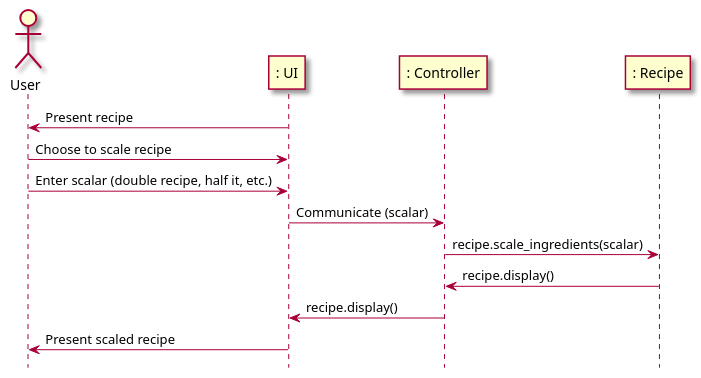
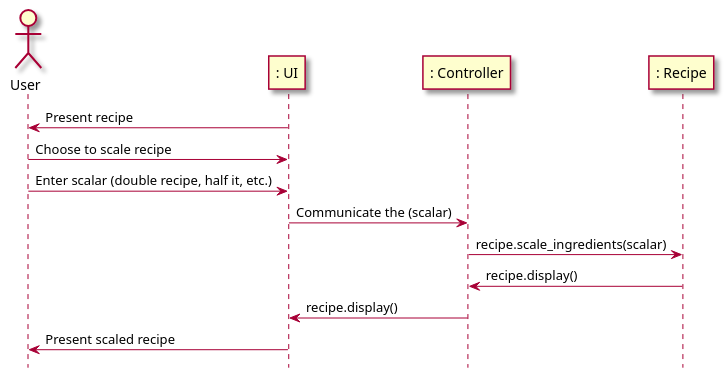
Before and after one commit to berthashipper/Pantry-Pal-Android-Application: the second of 2 diagrams in intellij/doc/use-cases/scale_ingredients.md, drawn with PlantUML. The commit also changed 1 other file, not shown here.

Commit message:
Elaborated on next iteration use case view_recipe

````diff
--- a/intellij/doc/use-cases/scale_ingredients.md
+++ b/intellij/doc/use-cases/scale_ingredients.md
@@ -61,22 +61,22 @@
 ```plantuml
 @startuml
 skin rose
 
 hide footbox
 
 actor User as user
 participant ": UI" as ui
 participant ": Controller" as cont
 participant ": Recipe" as rec
 
 ui -> user: Present recipe
 user -> ui: Choose to scale recipe
 user -> ui: Enter scalar (double recipe, half it, etc.)
-ui -> cont: Communicate (scalar)
+ui -> cont: Communicate the (scalar)
 cont -> rec: recipe.scale_ingredients(scalar)
 rec -> cont: recipe.display()
 cont -> ui: recipe.display()
 ui -> user: Present scaled recipe
 
 @enduml
 ```
````
